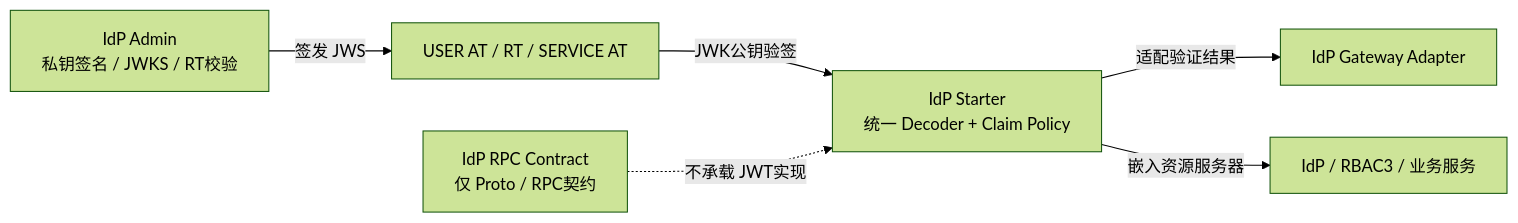
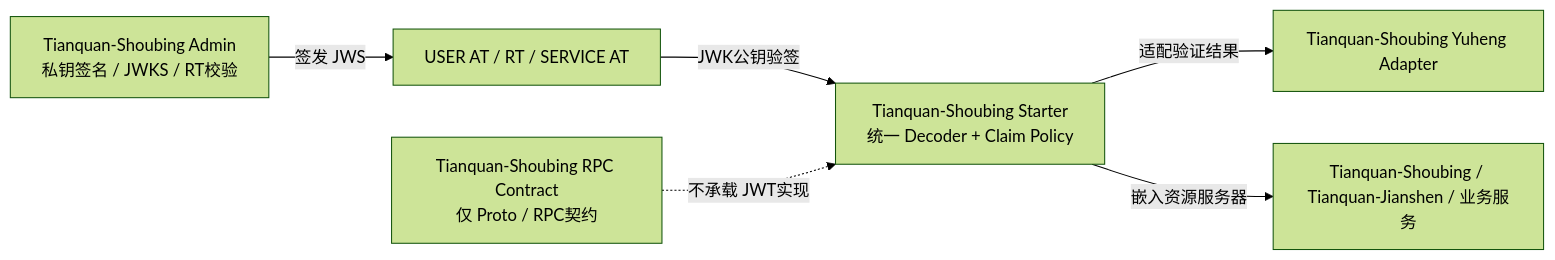
Before and after one commit to AllenDEricDAlexander/Egon-COLA: the third of 6 diagrams in docs/superpowers/specs/2026-08-13-unified-identity-stateless-jwt-session-removal-design.md, drawn with Mermaid (forest theme). The commit also changed other lines of this file and 233 other files, not shown here.

````diff
--- a/docs/superpowers/specs/2026-08-13-unified-identity-stateless-jwt-session-removal-design.md
+++ b/docs/superpowers/specs/2026-08-13-unified-identity-stateless-jwt-session-removal-design.md
@@ -563,8 +563,8 @@
 ```mermaid
 flowchart LR
-    IA["IdP Admin<br/>私钥签名 / JWKS / RT校验"] -->|"签发 JWS"| T["USER AT / RT / SERVICE AT"]
-    T -->|"JWK公钥验签"| IS["IdP Starter<br/>统一 Decoder + Claim Policy"]
-    IS -->|"适配验证结果"| GA["IdP Gateway Adapter"]
-    IS -->|"嵌入资源服务器"| RS["IdP / RBAC3 / 业务服务"]
-    RC["IdP RPC Contract<br/>仅 Proto / RPC契约"] -. "不承载 JWT实现" .-> IS
+    IA["Tianquan-Shoubing Admin<br/>私钥签名 / JWKS / RT校验"] -->|"签发 JWS"| T["USER AT / RT / SERVICE AT"]
+    T -->|"JWK公钥验签"| IS["Tianquan-Shoubing Starter<br/>统一 Decoder + Claim Policy"]
+    IS -->|"适配验证结果"| GA["Tianquan-Shoubing Yuheng Adapter"]
+    IS -->|"嵌入资源服务器"| RS["Tianquan-Shoubing / Tianquan-Jianshen / 业务服务"]
+    RC["Tianquan-Shoubing RPC Contract<br/>仅 Proto / RPC契约"] -. "不承载 JWT实现" .-> IS
 ```
````
